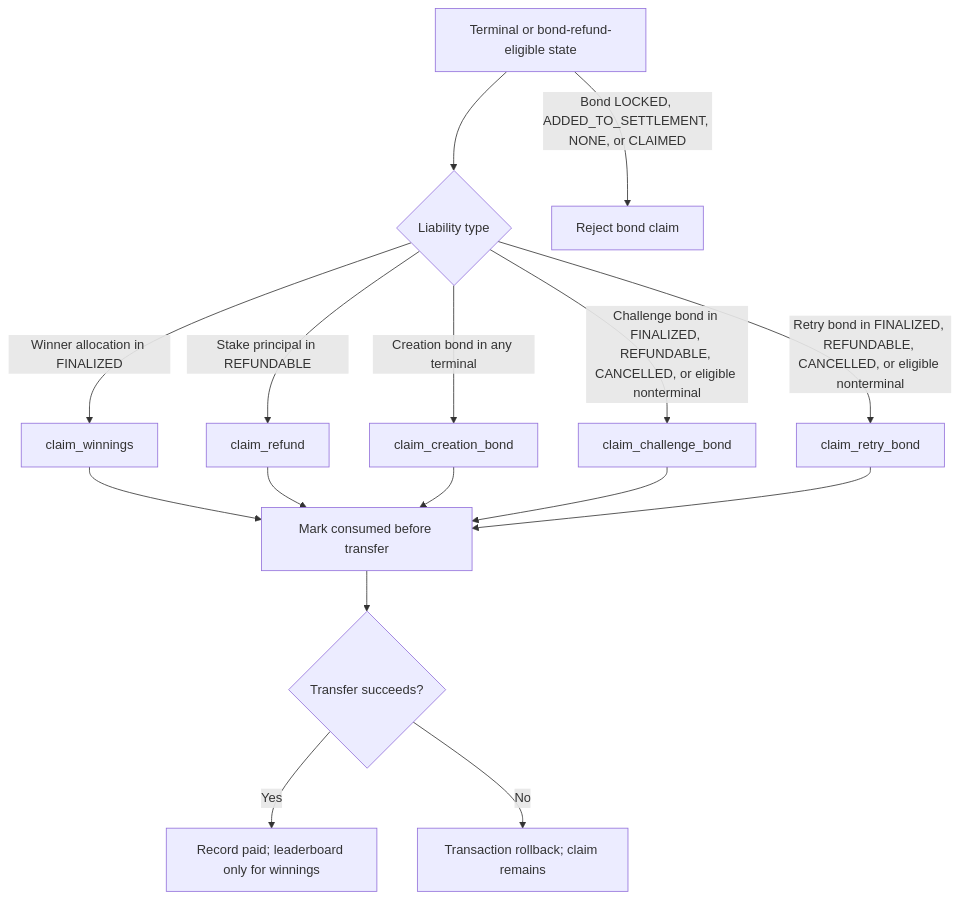
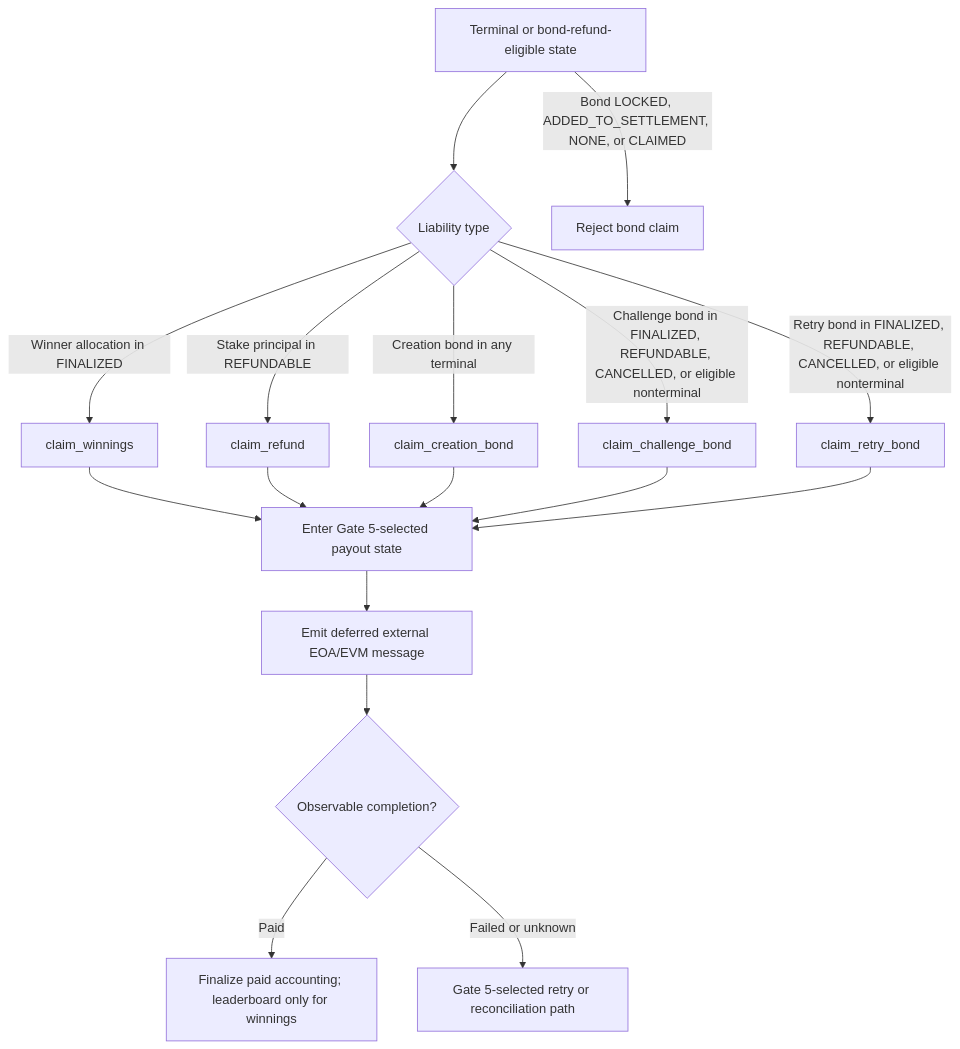
The fifth of 5 diagrams in docs/V4_STATE_MACHINE.md (Manablaq/Truthmarket), drawn with Mermaid before and after one commit. The commit also changed other lines of this file and 10 other files, not shown here.

````diff
--- a/docs/V4_STATE_MACHINE.md
+++ b/docs/V4_STATE_MACHINE.md
@@ -155,18 +155,19 @@
 ```mermaid
 flowchart TD
   A[Terminal or bond-refund-eligible state] --> B{Liability type}
   B -->|Winner allocation in FINALIZED| C[claim_winnings]
   B -->|Stake principal in REFUNDABLE| D[claim_refund]
   B -->|Creation bond in any terminal| E[claim_creation_bond]
   B -->|Challenge bond in FINALIZED, REFUNDABLE, CANCELLED, or eligible nonterminal| F[claim_challenge_bond]
   B -->|Retry bond in FINALIZED, REFUNDABLE, CANCELLED, or eligible nonterminal| G[claim_retry_bond]
-  C --> H[Mark consumed before transfer]
+  C --> H[Enter Gate 5-selected payout state]
   D --> H
   E --> H
   F --> H
   G --> H
-  H --> I{Transfer succeeds?}
-  I -->|Yes| J[Record paid; leaderboard only for winnings]
-  I -->|No| K[Transaction rollback; claim remains]
+  H --> I[Emit deferred external EOA/EVM message]
+  I --> J{Observable completion?}
+  J -->|Paid| K[Finalize paid accounting; leaderboard only for winnings]
+  J -->|Failed or unknown| M[Gate 5-selected retry or reconciliation path]
   A -->|Bond LOCKED, ADDED_TO_SETTLEMENT, NONE, or CLAIMED| L[Reject bond claim]
 ```
````
